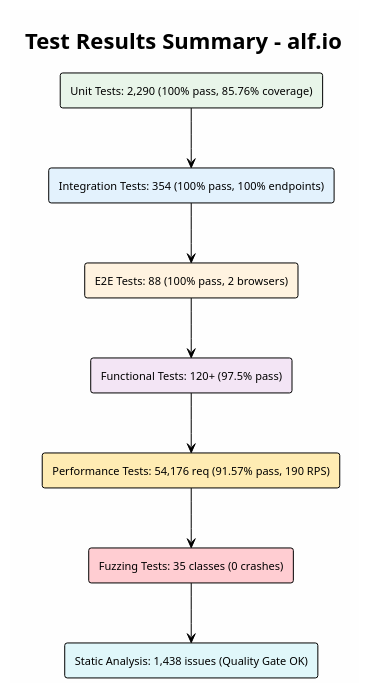
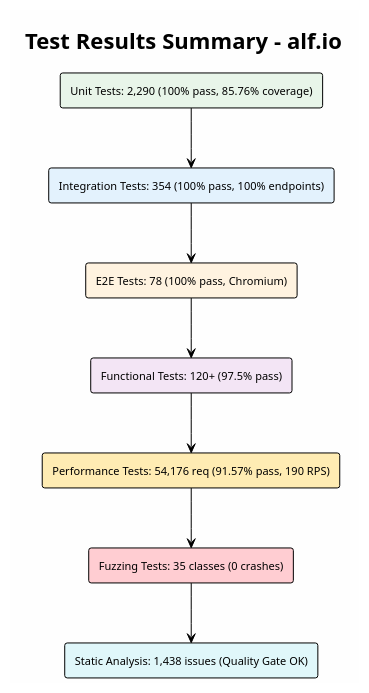
The diagram in final-article/diagrams/test-results-summary.puml (catarinas-ps-2026/alf.io), drawn with PlantUML before and after one commit. The commit also changed 9 other files, not shown here.

```diff
--- a/final-article/diagrams/test-results-summary.puml
+++ b/final-article/diagrams/test-results-summary.puml
@@ -1,24 +1,24 @@
 @startuml test-results-summary
 !theme plain
 skinparam backgroundColor #FEFEFE
 skinparam defaultFontName "Arial"
 skinparam defaultFontSize 11
 
 title Test Results Summary - alf.io
 
 rectangle "Unit Tests: 2,290 (100% pass, 85.76% coverage)" as UT #E8F5E9
 rectangle "Integration Tests: 354 (100% pass, 100% endpoints)" as IT #E3F2FD
-rectangle "E2E Tests: 88 (100% pass, 2 browsers)" as E2E #FFF3E0
+rectangle "E2E Tests: 78 (100% pass, Chromium)" as E2E #FFF3E0
 rectangle "Functional Tests: 120+ (97.5% pass)" as FT #F3E5F5
 rectangle "Performance Tests: 54,176 req (91.57% pass, 190 RPS)" as PT #FFECB3
 rectangle "Fuzzing Tests: 35 classes (0 crashes)" as FZ #FFCDD2
 rectangle "Static Analysis: 1,438 issues (Quality Gate OK)" as SA #E0F7FA
 
 UT -down-> IT
 IT -down-> E2E
 E2E -down-> FT
 FT -down-> PT
 PT -down-> FZ
 FZ -down-> SA
 
 @enduml
```
